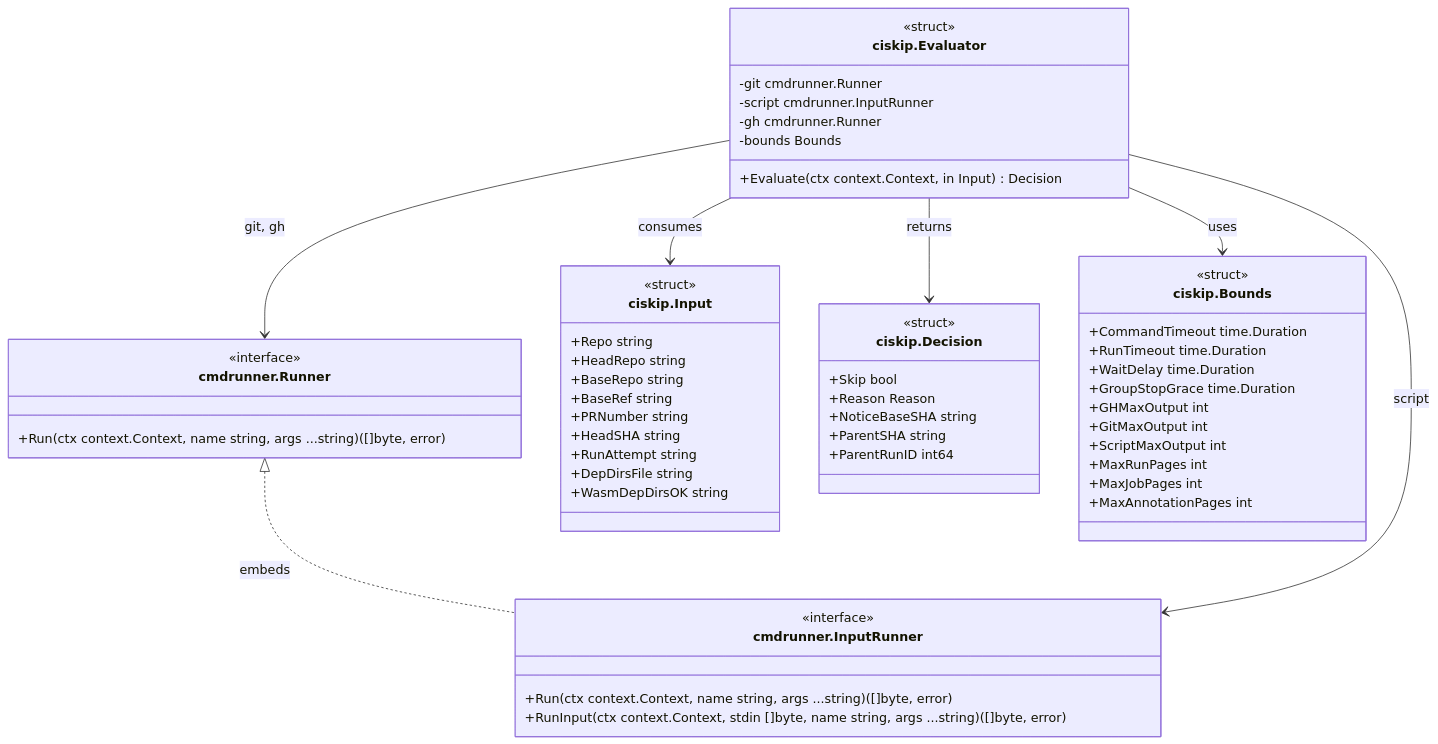
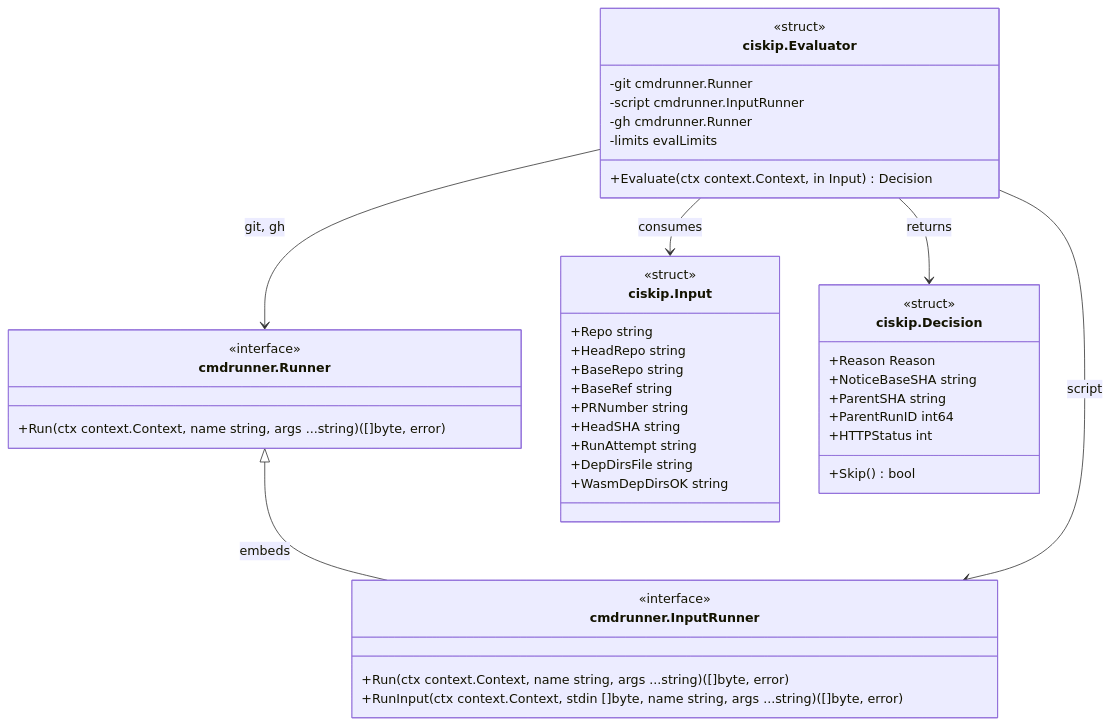
One commit to isseis/yt2column changed the fifth of 8 diagrams in docs/tasks/0119_ci_skip_doc_only_commit/02_architecture.md. Above: the diagram before and after it, drawn with Mermaid. The commit also changed other lines of this file and 3 other files, not shown here.

Commit message:
docs(0119): apply architecture review and Japanese prose fixes

````diff
--- a/docs/tasks/0119_ci_skip_doc_only_commit/02_architecture.md
+++ b/docs/tasks/0119_ci_skip_doc_only_commit/02_architecture.md
@@ -428,65 +428,51 @@
 ```mermaid
 classDiagram
     class Runner["cmdrunner.Runner"] {
         <<interface>>
         +Run(ctx context.Context, name string, args ...string) ([]byte, error)
     }
 
     class InputRunner["cmdrunner.InputRunner"] {
         <<interface>>
         +Run(ctx context.Context, name string, args ...string) ([]byte, error)
         +RunInput(ctx context.Context, stdin []byte, name string, args ...string) ([]byte, error)
     }
 
     class Evaluator["ciskip.Evaluator"] {
         <<struct>>
         -git cmdrunner.Runner
         -script cmdrunner.InputRunner
         -gh cmdrunner.Runner
-        -bounds Bounds
+        -limits evalLimits
         +Evaluate(ctx context.Context, in Input) Decision
     }
 
     class Input["ciskip.Input"] {
         <<struct>>
         +Repo string
         +HeadRepo string
         +BaseRepo string
         +BaseRef string
         +PRNumber string
         +HeadSHA string
         +RunAttempt string
         +DepDirsFile string
         +WasmDepDirsOK string
     }
 
     class Decision["ciskip.Decision"] {
         <<struct>>
-        +Skip bool
         +Reason Reason
         +NoticeBaseSHA string
         +ParentSHA string
         +ParentRunID int64
+        +HTTPStatus int
+        +Skip() bool
     }
 
-    class Bounds["ciskip.Bounds"] {
-        <<struct>>
-        +CommandTimeout time.Duration
-        +RunTimeout time.Duration
-        +WaitDelay time.Duration
-        +GroupStopGrace time.Duration
-        +GHMaxOutput int
-        +GitMaxOutput int
-        +ScriptMaxOutput int
-        +MaxRunPages int
-        +MaxJobPages int
-        +MaxAnnotationPages int
-    }
-
-    Runner <|.. InputRunner : embeds
+    Runner <|-- InputRunner : embeds
     Evaluator --> Runner : git, gh
     Evaluator --> InputRunner : script
-    Evaluator --> Bounds : uses
     Evaluator --> Input : consumes
     Evaluator --> Decision : returns
 ```
````
